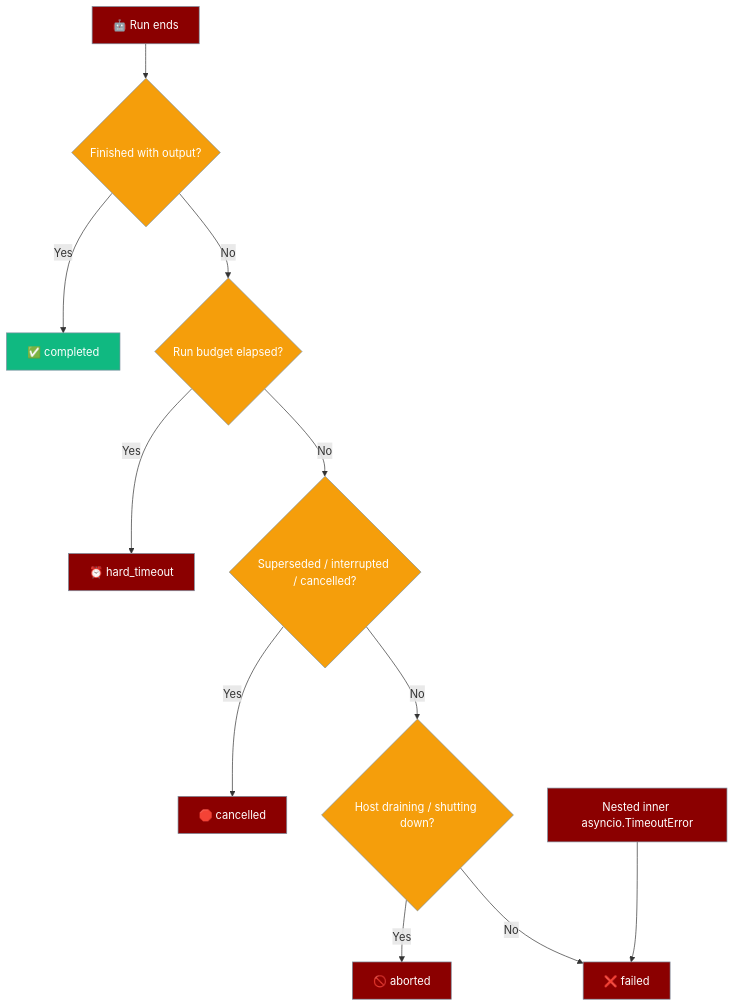
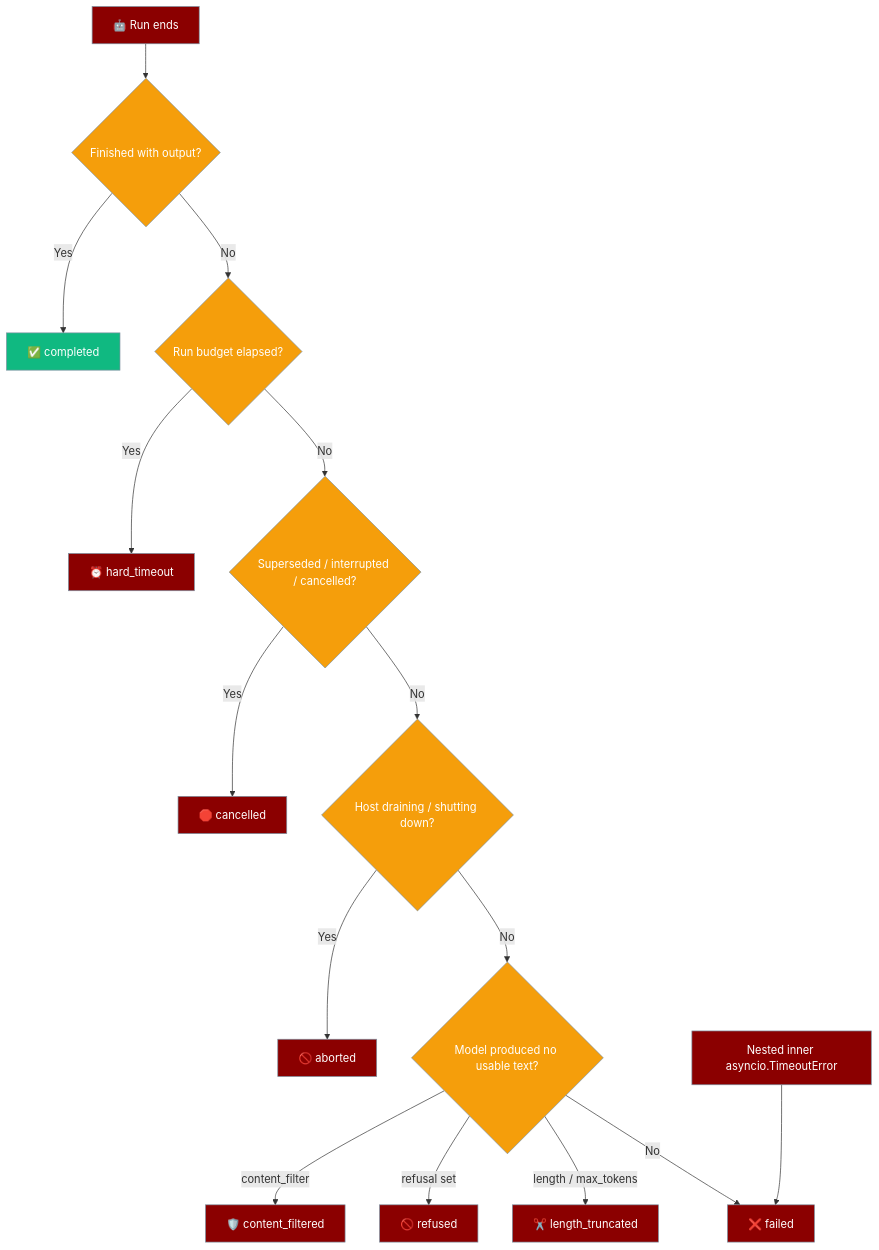
The third of 5 diagrams in docs/features/run-outcome.mdx (MervinPraison/PraisonAIDocs), drawn with Mermaid before and after one commit. The commit also changed other lines of this file and 10 other files, not shown here.

First line of the commit message:
docs: surface content_filtered / refused / length_truncated as terminal outcomes (fixes #3519)

````diff
--- a/docs/features/run-outcome.mdx
+++ b/docs/features/run-outcome.mdx
@@ -151,23 +159,27 @@
 ```mermaid
 graph TB
     Start[🤖 Run ends] --> Q1{Finished with output?}
     Q1 -->|Yes| Completed[✅ completed]
     Q1 -->|No| Q2{Run budget elapsed?}
     Q2 -->|Yes| Timeout[⏰ hard_timeout]
     Q2 -->|No| Q3{Superseded / interrupted / cancelled?}
     Q3 -->|Yes| Cancelled[🛑 cancelled]
     Q3 -->|No| Q4{Host draining / shutting down?}
     Q4 -->|Yes| Aborted[🚫 aborted]
-    Q4 -->|No| Failed[❌ failed]
+    Q4 -->|No| Q5{Model produced no usable text?}
+    Q5 -->|content_filter| CF[🛡️ content_filtered]
+    Q5 -->|refusal set| Ref[🚫 refused]
+    Q5 -->|length / max_tokens| Len[✂️ length_truncated]
+    Q5 -->|No| Failed[❌ failed]
     Nested[Nested inner asyncio.TimeoutError] --> Failed
 
     classDef start fill:#8B0000,stroke:#7C90A0,color:#fff
     classDef choice fill:#F59E0B,stroke:#7C90A0,color:#fff
     classDef ok fill:#10B981,stroke:#7C90A0,color:#fff
     classDef fail fill:#8B0000,stroke:#7C90A0,color:#fff
 
     class Start start
-    class Q1,Q2,Q3,Q4 choice
+    class Q1,Q2,Q3,Q4,Q5 choice
     class Completed ok
-    class Timeout,Cancelled,Aborted,Failed,Nested fail
+    class Timeout,Cancelled,Aborted,Failed,Nested,CF,Ref,Len fail
 ```
````
